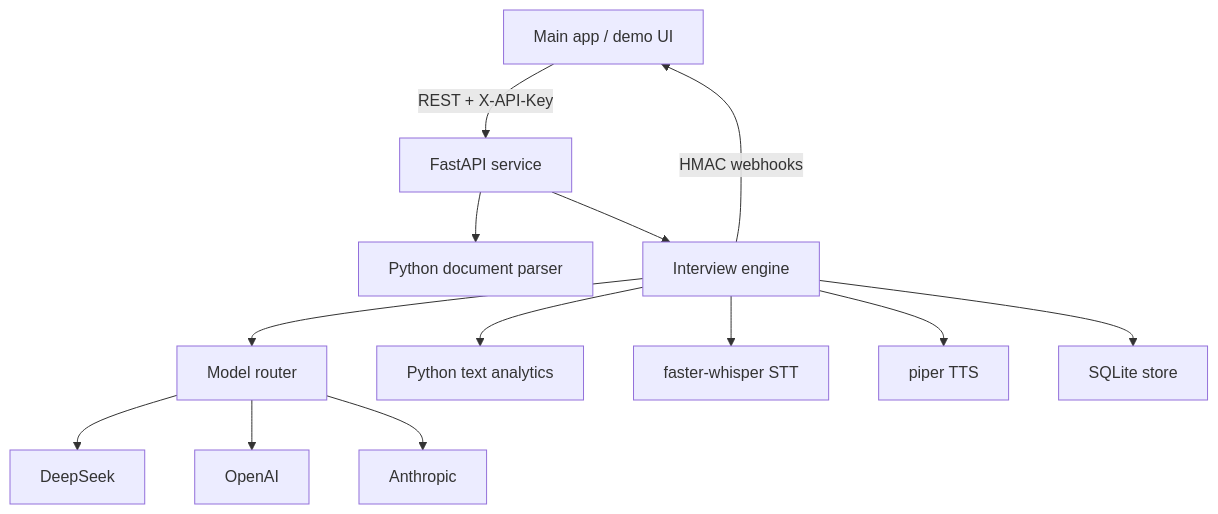
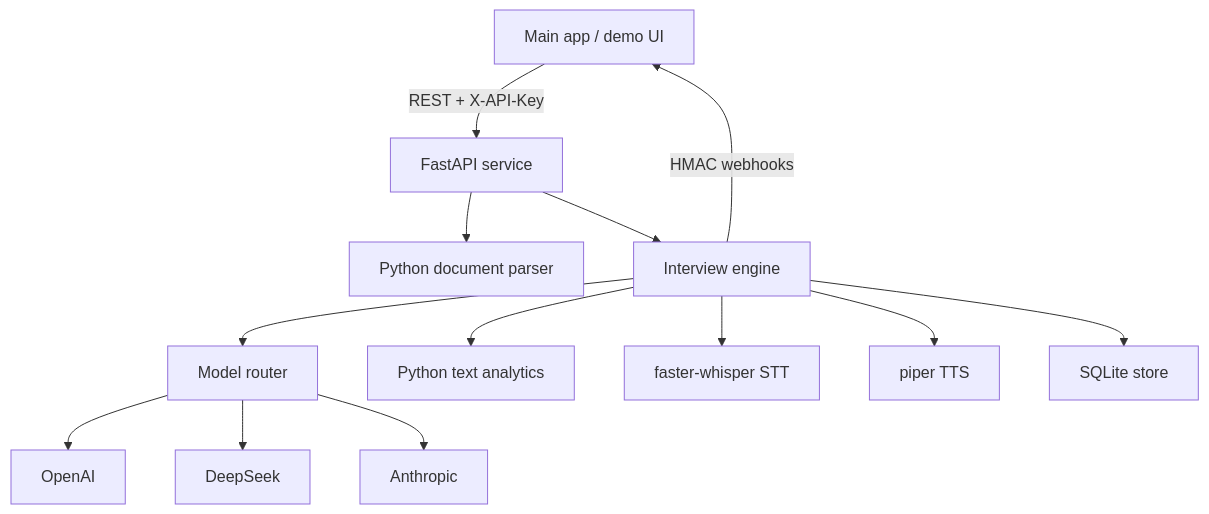
The diagram in README.md (jignesh1707/interviewerMS_new), drawn with Mermaid before and after one commit. The commit also changed other lines of this file and 8 other files, not shown here.

````diff
--- a/README.md
+++ b/README.md
@@ -39,15 +39,15 @@
 ```mermaid
 graph TD
     MainApp["Main app / demo UI"] -->|"REST + X-API-Key"| API["FastAPI service"]
     API --> Parser["Python document parser"]
     API --> Engine["Interview engine"]
     Engine --> Router["Model router"]
+    Router --> OpenAI["OpenAI"]
     Router --> DeepSeek["DeepSeek"]
-    Router --> OpenAI["OpenAI"]
     Router --> Anthropic["Anthropic"]
     Engine --> Analytics["Python text analytics"]
     Engine --> STT["faster-whisper STT"]
     Engine --> TTS["piper TTS"]
     Engine --> DB["SQLite store"]
     Engine -->|"HMAC webhooks"| MainApp
 ```
````
